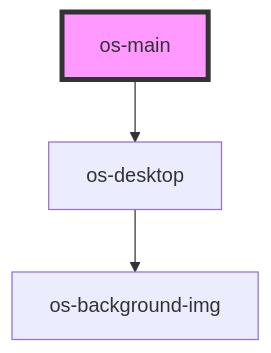
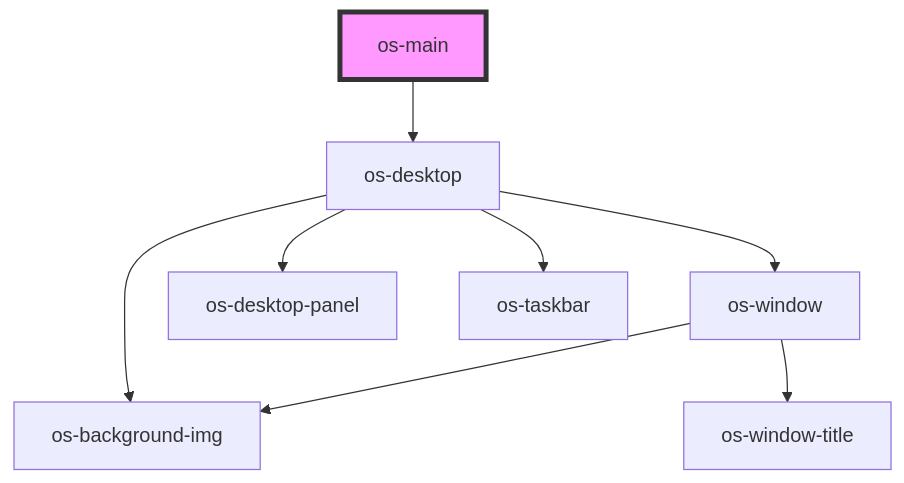
Before and after one commit to neko-chilyann/qx-os: the diagram in src/components/os-main/readme.md, drawn with Mermaid. The commit also changed 24 other files, not shown here.

````diff
--- a/src/components/os-main/readme.md
+++ b/src/components/os-main/readme.md
@@ -15,6 +15,11 @@
 ```mermaid
 graph TD;
   os-main --> os-desktop
+  os-desktop --> os-window
   os-desktop --> os-background-img
+  os-desktop --> os-desktop-panel
+  os-desktop --> os-taskbar
+  os-window --> os-background-img
+  os-window --> os-window-title
   style os-main fill:#f9f,stroke:#333,stroke-width:4px
 ```
````
